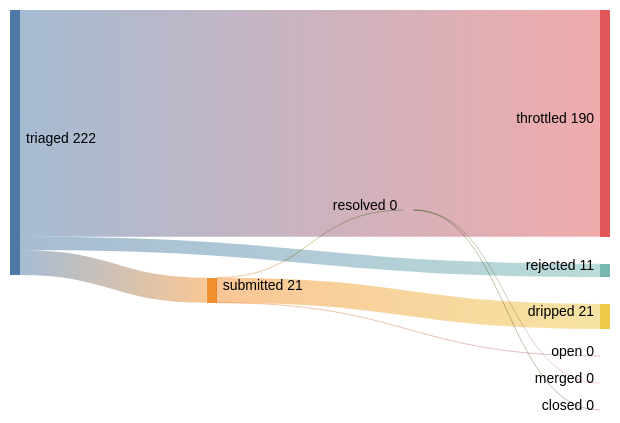
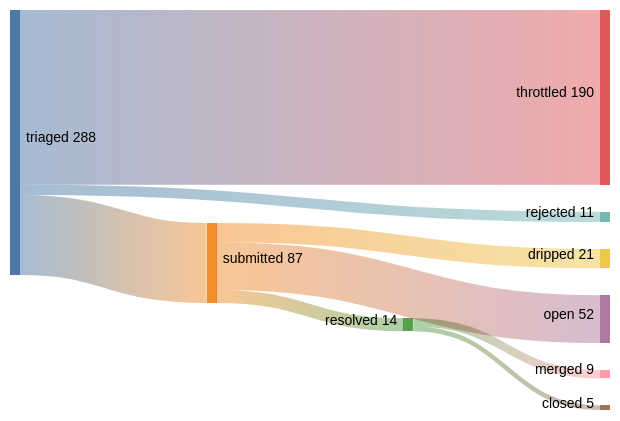
One commit to kimjune01/kimjune01 changed the diagram in README.md. Above: the diagram before and after it, drawn with Mermaid (forest theme). The commit also changed other lines of this file, not shown here.

Commit message:
stats: 9/14 = 64% (01:46 UTC)

````diff
--- a/README.md
+++ b/README.md
@@ -3,11 +3,11 @@
 ```mermaid
 sankey-beta
-    triaged,    submitted, 21
+    triaged,    submitted, 87
     triaged,    throttled, 190
     triaged,    rejected,  11
-    submitted,  resolved,  0
+    submitted,  resolved,  14
     submitted,  dripped,   21
-    submitted,  open,      0
-    resolved,   merged,    0
-    resolved,   closed,    0
+    submitted,  open,      52
+    resolved,   merged,    9
+    resolved,   closed,    5
 ```
````
